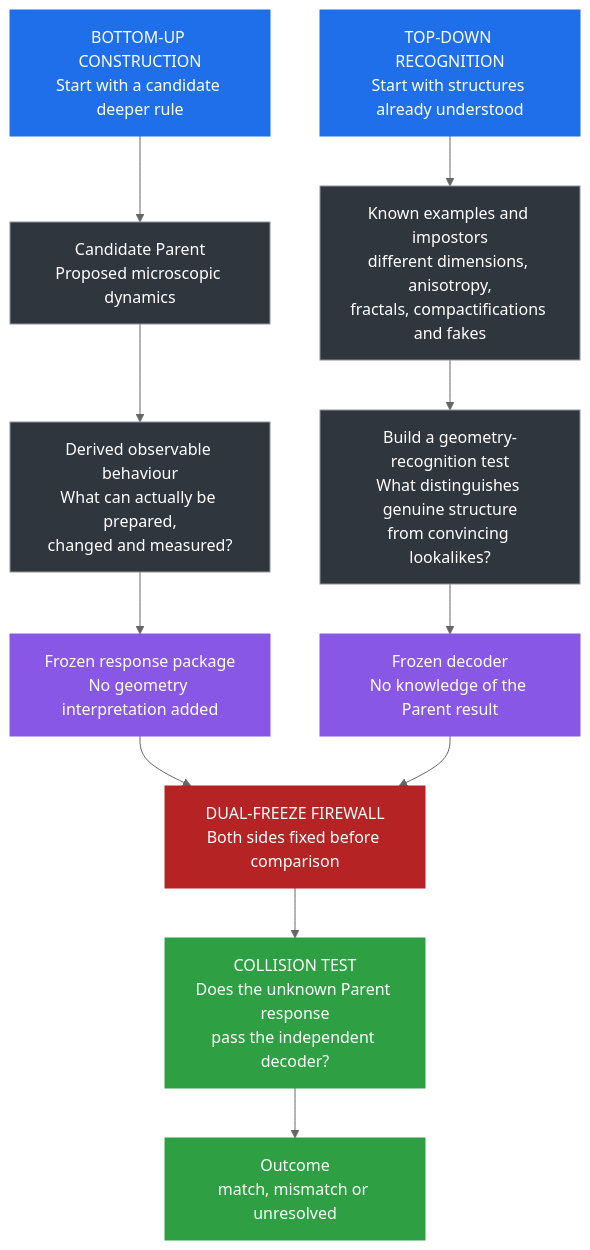
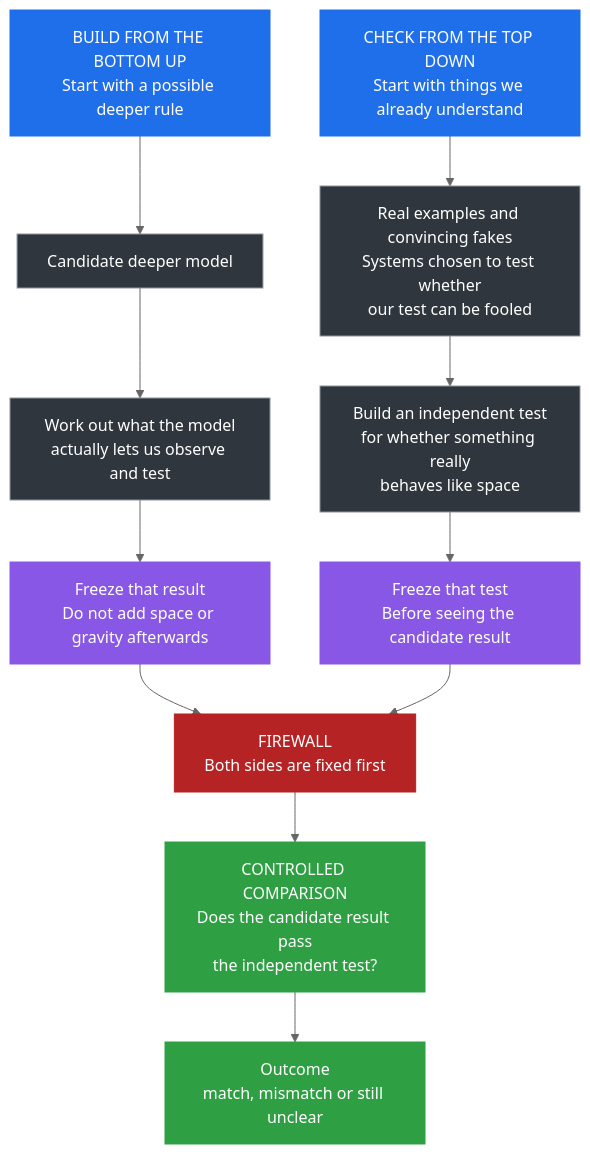
One commit to cameron467/The-Unbreakable-Law changed the first of 5 diagrams in Simplified_Framework/WHY_THIS_IS_NOT_A_THEORY_OF_EVERYTHING_YET.md. Above: the diagram before and after it, drawn with Mermaid (neutral theme). The commit also changed other lines of this file, not shown here.

````diff
--- a/Simplified_Framework/WHY_THIS_IS_NOT_A_THEORY_OF_EVERYTHING_YET.md
+++ b/Simplified_Framework/WHY_THIS_IS_NOT_A_THEORY_OF_EVERYTHING_YET.md
@@ -36,51 +36,51 @@
 ```mermaid
 flowchart TB
 
-    A["BOTTOM-UP CONSTRUCTION<br/>Start with a candidate deeper rule"]
+    A["BUILD FROM THE BOTTOM UP<br/>Start with a possible deeper rule"]
 
-    B["Candidate Parent<br/>Proposed microscopic dynamics"]
+    B["Candidate deeper model"]
 
-    C["Derived observable behaviour<br/>What can actually be prepared,<br/>changed and measured?"]
+    C["Work out what the model<br/>actually lets us observe and test"]
 
-    D["Frozen response package<br/>No geometry interpretation added"]
+    D["Freeze that result<br/>Do not add space or gravity afterwards"]
 
-    E["TOP-DOWN RECOGNITION<br/>Start with structures already understood"]
+    E["CHECK FROM THE TOP DOWN<br/>Start with things we already understand"]
 
-    F["Known examples and impostors<br/>different dimensions, anisotropy,<br/>fractals, compactifications and fakes"]
+    F["Real examples and convincing fakes<br/>Systems chosen to test whether<br/>our test can be fooled"]
 
-    G["Build a geometry-recognition test<br/>What distinguishes genuine structure<br/>from convincing lookalikes?"]
+    G["Build an independent test<br/>for whether something really<br/>behaves like space"]
 
-    H["Frozen decoder<br/>No knowledge of the Parent result"]
+    H["Freeze that test<br/>Before seeing the candidate result"]
 
-    I["DUAL-FREEZE FIREWALL<br/>Both sides fixed before comparison"]
+    I["FIREWALL<br/>Both sides are fixed first"]
 
-    J["COLLISION TEST<br/>Does the unknown Parent response<br/>pass the independent decoder?"]
+    J["CONTROLLED COMPARISON<br/>Does the candidate result pass<br/>the independent test?"]
 
-    K["Outcome<br/>match, mismatch or unresolved"]
+    K["Outcome<br/>match, mismatch or still unclear"]
 
     A --> B
     B --> C
     C --> D
 
     E --> F
     F --> G
     G --> H
 
     D --> I
     H --> I
 
     I --> J
     J --> K
 
     classDef start fill:#1f6feb,stroke:#1f6feb,color:#ffffff;
     classDef work fill:#30363d,stroke:#8b949e,color:#ffffff;
     classDef freeze fill:#8957e5,stroke:#8957e5,color:#ffffff;
     classDef firewall fill:#b62324,stroke:#b62324,color:#ffffff;
     classDef result fill:#2ea043,stroke:#2ea043,color:#ffffff;
 
     class A,E start;
     class B,C,F,G work;
     class D,H freeze;
     class I firewall;
     class J,K result;
 ```
````
